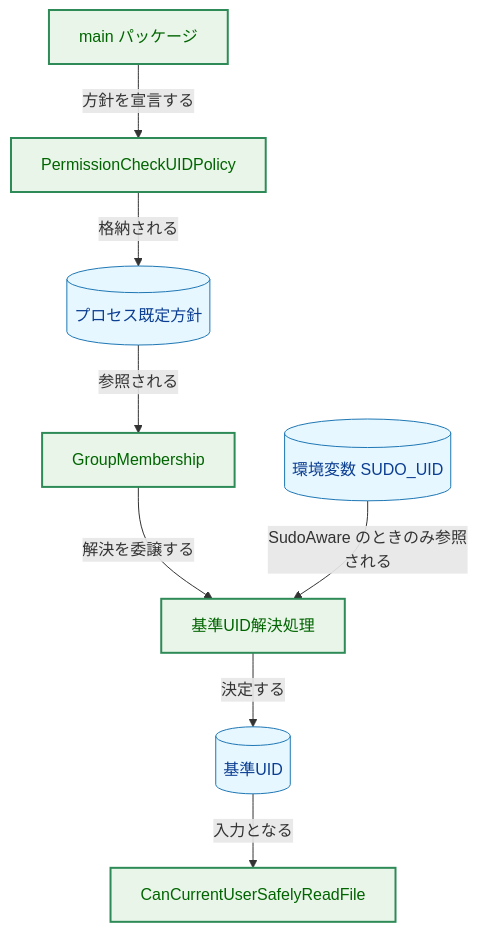
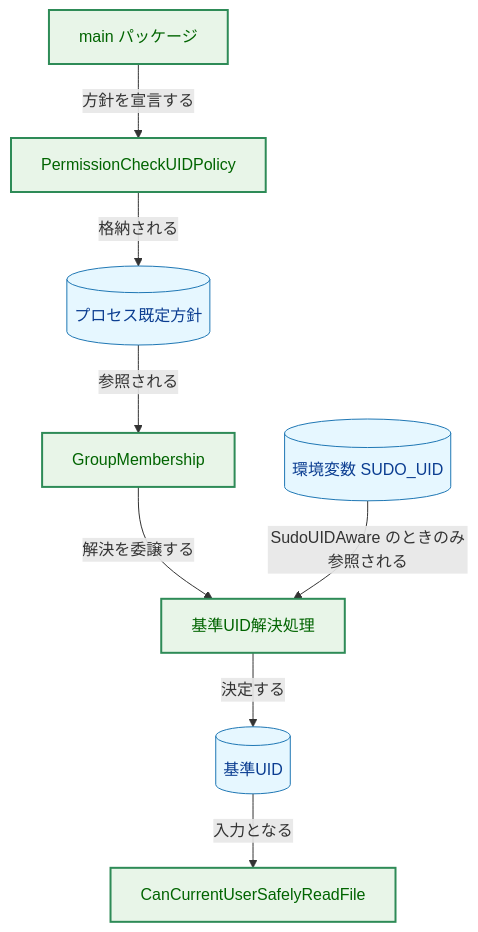
One commit to isseis/go-safe-cmd-runner changed the first of 11 diagrams in docs/tasks/0160_permission_check_subject_explicit/02_architecture.md. Above: the diagram before and after it, drawn with Mermaid. The commit also changed other lines of this file and 1 other file, not shown here.

First line of the commit message:
docs(0160): rename SudoAware policy to SudoUIDAware

````diff
--- a/docs/tasks/0160_permission_check_subject_explicit/02_architecture.md
+++ b/docs/tasks/0160_permission_check_subject_explicit/02_architecture.md
@@ -47,25 +47,25 @@
 ```mermaid
 flowchart TD
     classDef data fill:#e6f7ff,stroke:#1f77b4,stroke-width:1px,color:#0b3d91;
     classDef enhanced fill:#e8f5e8,stroke:#2e8b57,stroke-width:2px,color:#006400;
 
     CMD["main パッケージ"]
     POL["PermissionCheckUIDPolicy"]
     PROC[("プロセス既定方針")]
     GM["GroupMembership"]
     RES["基準UID解決処理"]
     ENV[("環境変数 SUDO_UID")]
     UID[("基準UID")]
     CHK["CanCurrentUserSafelyReadFile"]
 
     CMD -->|"方針を宣言する"| POL
     POL -->|"格納される"| PROC
     PROC -->|"参照される"| GM
     GM -->|"解決を委譲する"| RES
-    ENV -->|"SudoAware のときのみ参照される"| RES
+    ENV -->|"SudoUIDAware のときのみ参照される"| RES
     RES -->|"決定する"| UID
     UID -->|"入力となる"| CHK
 
     class PROC,ENV,UID data
     class CMD,POL,GM,RES,CHK enhanced
 ```
````
